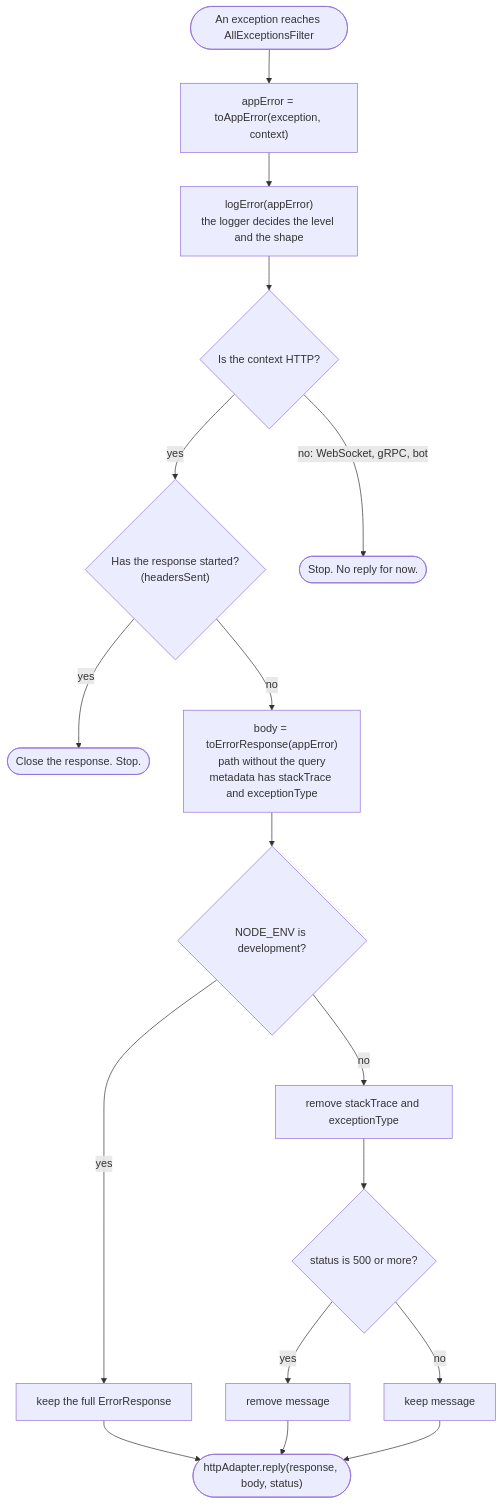
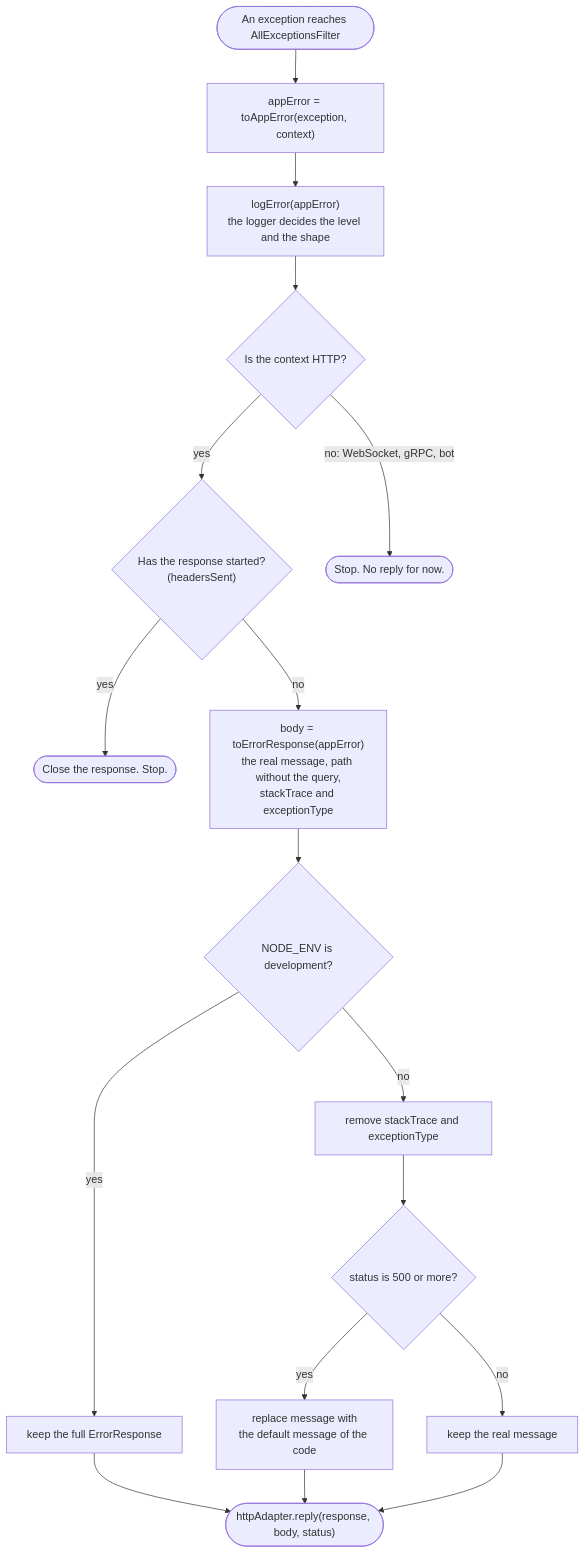
Before and after one commit to CyberBrainiac/job-search-automation-tool: the fifth of 6 diagrams in docs/error-handling-improvements.md, drawn with Mermaid. The commit also changed other lines of this file, not shown here.

First line of the commit message:
docs(root): keep the real error message in AppError and the response

````diff
--- a/docs/error-handling-improvements.md
+++ b/docs/error-handling-improvements.md
@@ -319,19 +325,19 @@
 ```mermaid
 flowchart TD
   A(["An exception reaches AllExceptionsFilter"]) --> B["appError = toAppError(exception, context)"]
   B --> C["logError(appError)<br/>the logger decides the level and the shape"]
   C --> D{"Is the context HTTP?"}
   D -- "yes" --> E{"Has the response started?<br/>(headersSent)"}
   D -- "no: WebSocket, gRPC, bot" --> X(["Stop. No reply for now."])
   E -- "yes" --> Y(["Close the response. Stop."])
-  E -- "no" --> G["body = toErrorResponse(appError)<br/>path without the query<br/>metadata has stackTrace and exceptionType"]
+  E -- "no" --> G["body = toErrorResponse(appError)<br/>the real message, path without the query,<br/>stackTrace and exceptionType"]
   G --> J{"NODE_ENV is development?"}
   J -- "yes" --> J1["keep the full ErrorResponse"]
   J1 --> L(["httpAdapter.reply(response, body, status)"])
   J -- "no" --> K["remove stackTrace and exceptionType"]
   K --> H{"status is 500 or more?"}
-  H -- "yes" --> I["remove message"]
-  H -- "no" --> H1["keep message"]
+  H -- "yes" --> I["replace message with<br/>the default message of the code"]
+  H -- "no" --> H1["keep the real message"]
   I --> L
   H1 --> L
 ```
````
